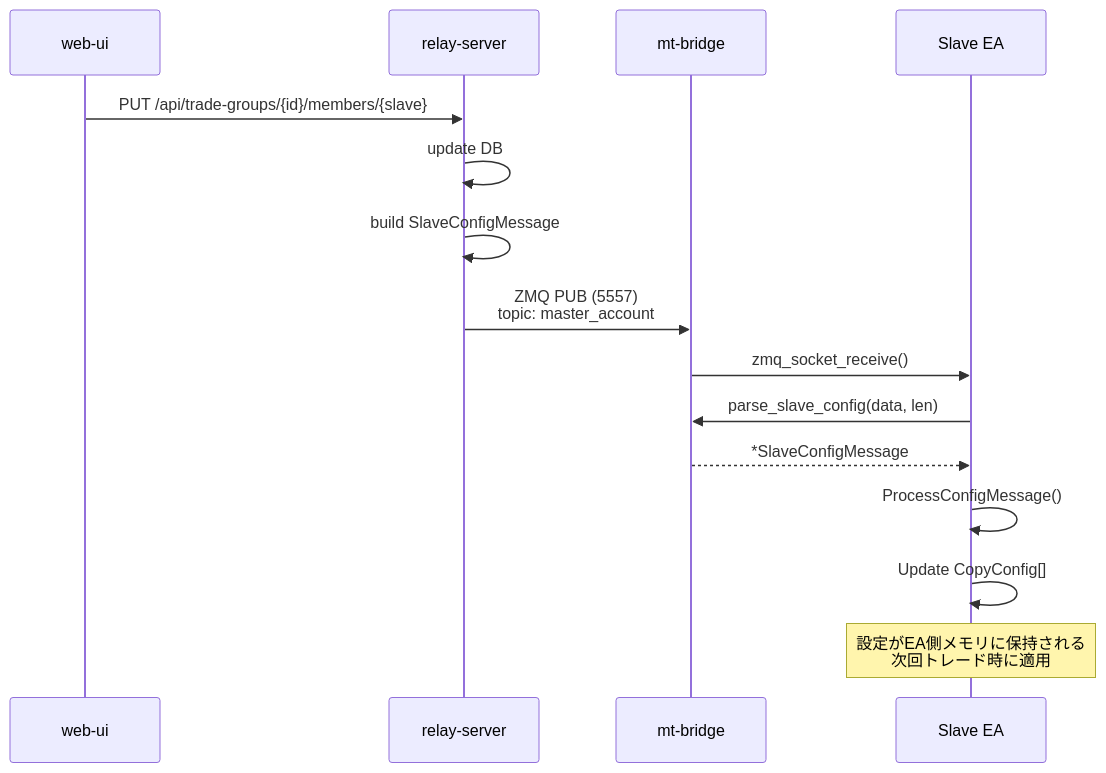
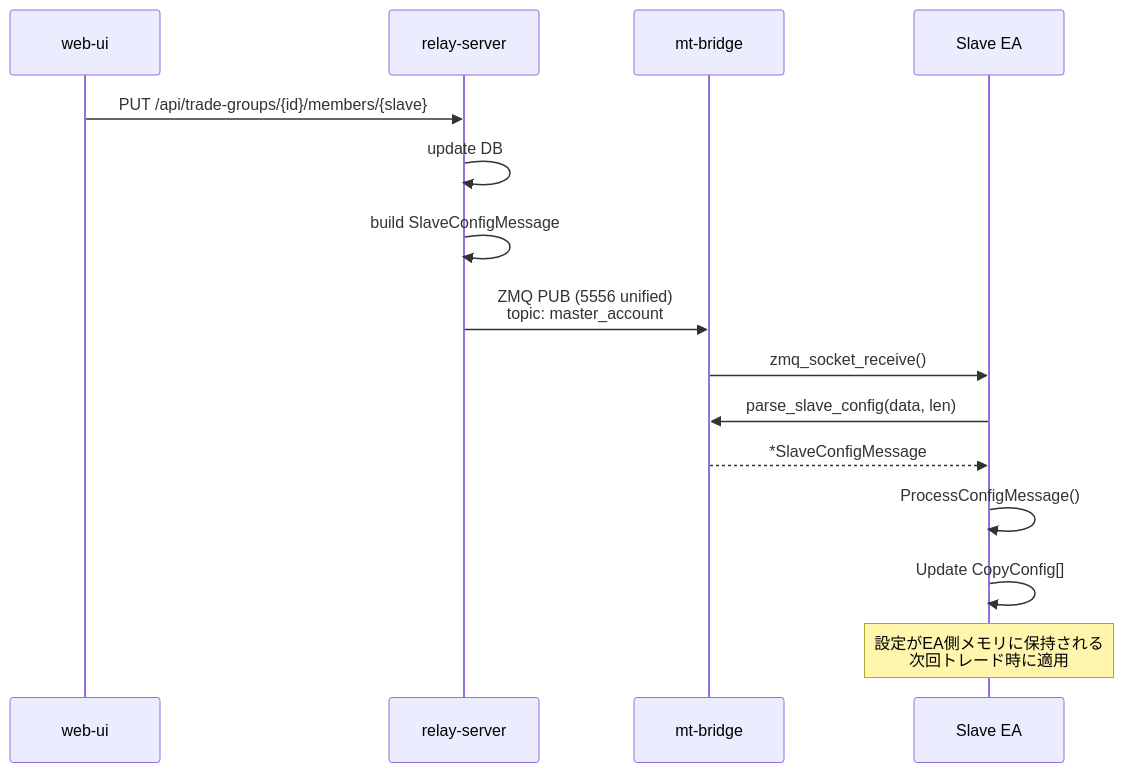
One commit to poruru210/sankey-copier changed the fifth of 7 diagrams in docs/mt-advisors.md. Above: the diagram before and after it, drawn with Mermaid. The commit also changed other lines of this file and 35 other files, not shown here.

````diff
--- a/docs/mt-advisors.md
+++ b/docs/mt-advisors.md
@@ -244,22 +242,22 @@
 ```mermaid
 sequenceDiagram
     participant UI as web-ui
     participant RS as relay-server
     participant DLL as mt-bridge
     participant SEA as Slave EA
 
     UI->>RS: PUT /api/trade-groups/{id}/members/{slave}
     RS->>RS: update DB
     RS->>RS: build SlaveConfigMessage
 
-    RS->>DLL: ZMQ PUB (5557)<br/>topic: master_account
+    RS->>DLL: ZMQ PUB (5556 unified)<br/>topic: master_account
     DLL->>SEA: zmq_socket_receive()
 
     SEA->>DLL: parse_slave_config(data, len)
     DLL-->>SEA: *SlaveConfigMessage
 
     SEA->>SEA: ProcessConfigMessage()
     SEA->>SEA: Update CopyConfig[]
 
     Note over SEA: 設定がEA側メモリに保持される<br/>次回トレード時に適用
 ```
````
